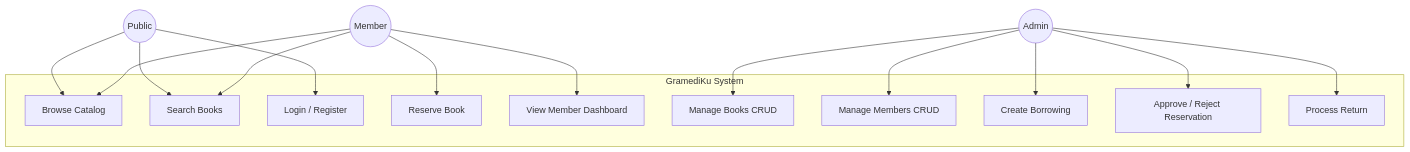
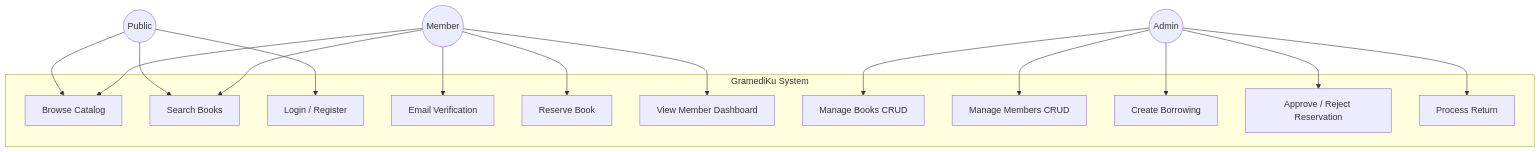
Before and after one commit to CallMeJaja/sistem-manajemen-perpustakaan: the first of 8 diagrams in README.md, drawn with Mermaid. The commit also changed other lines of this file and 13 other files, not shown here.

Commit message:
feat: implement email verification for member registration and login

````diff
--- a/README.md
+++ b/README.md
@@ -68,28 +68,30 @@
 ```mermaid
 graph TD
     subgraph System["GramediKu System"]
         UC1[Browse Catalog]
         UC2[Search Books]
         UC3[Login / Register]
-        UC4[Reserve Book]
-        UC5[View Member Dashboard]
-        UC6[Manage Books CRUD]
-        UC7[Manage Members CRUD]
-        UC8[Create Borrowing]
-        UC9[Approve / Reject Reservation]
-        UC10[Process Return]
+        UC4[Email Verification]
+        UC5[Reserve Book]
+        UC6[View Member Dashboard]
+        UC7[Manage Books CRUD]
+        UC8[Manage Members CRUD]
+        UC9[Create Borrowing]
+        UC10[Approve / Reject Reservation]
+        UC11[Process Return]
     end
 
     Public((Public)) --> UC1
     Public --> UC2
     Public --> UC3
     Member((Member)) --> UC1
     Member --> UC2
     Member --> UC4
     Member --> UC5
-    Admin((Admin)) --> UC6
-    Admin --> UC7
+    Member --> UC6
+    Admin((Admin)) --> UC7
     Admin --> UC8
     Admin --> UC9
     Admin --> UC10
+    Admin --> UC11
 ```
````
